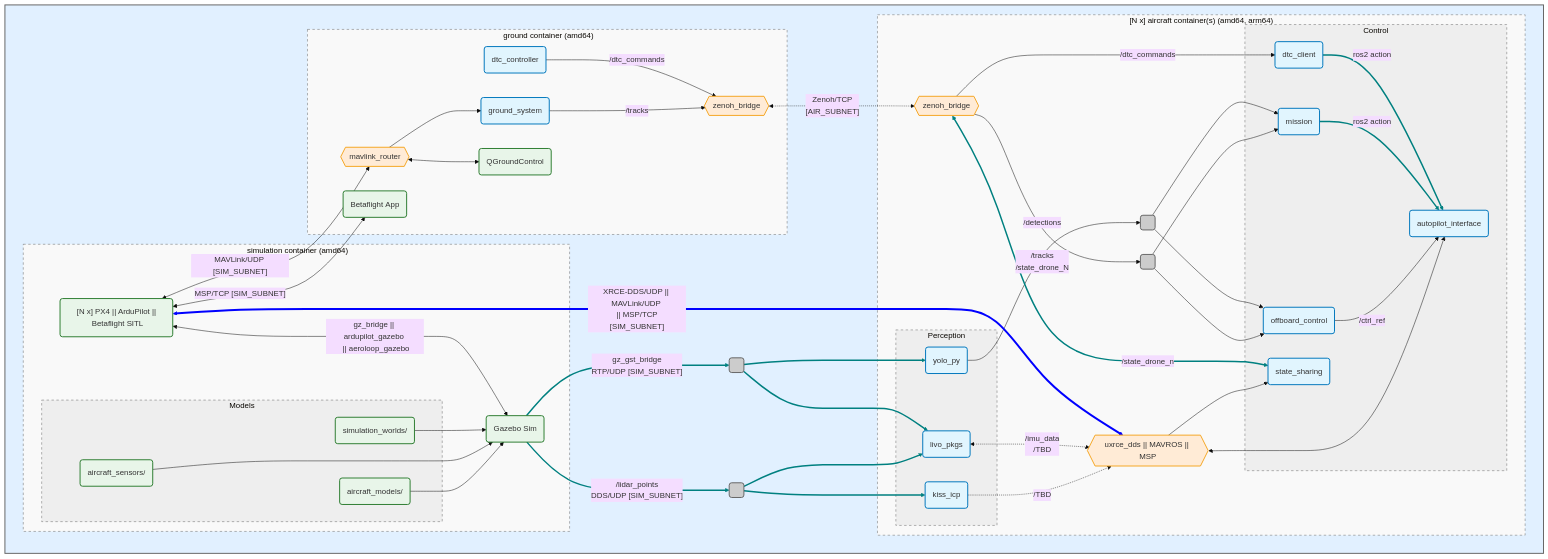
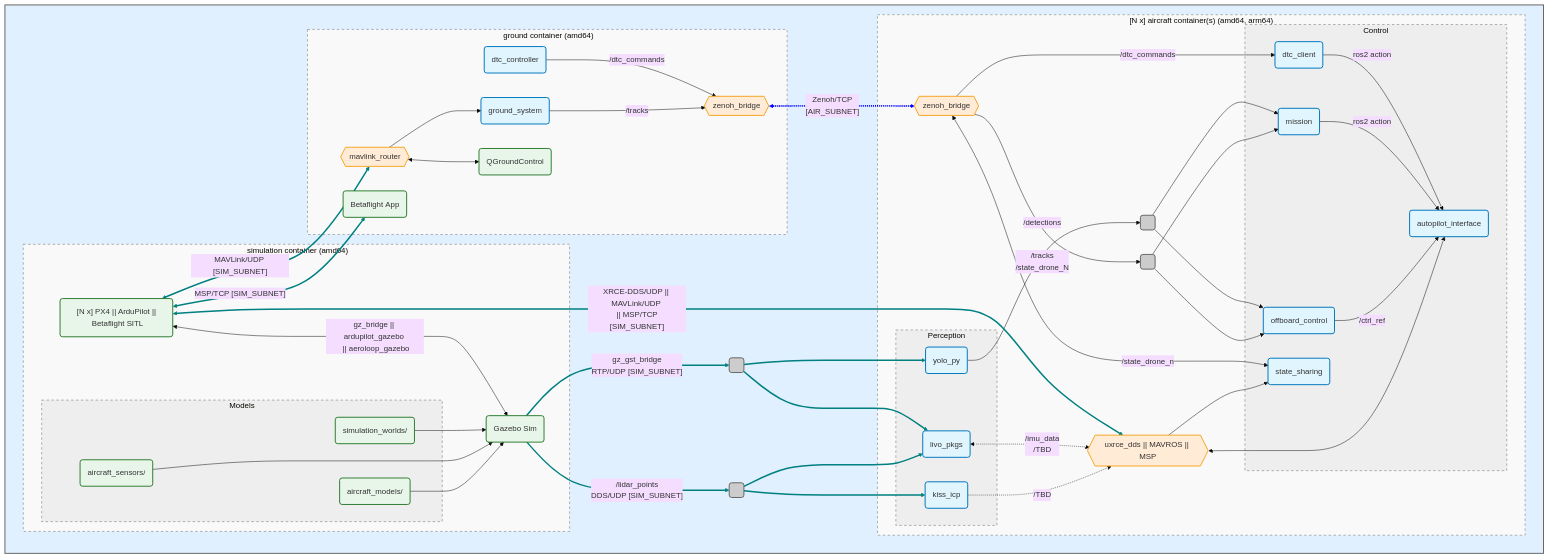
One commit to JacopoPan/aerial-autonomy-stack changed the diagram in README.md. Above: the diagram before and after it, drawn with Mermaid. The commit also changed 1 other file, not shown here.

Commit message:
diagram style and comment fixes

````diff
--- a/README.md
+++ b/README.md
@@ -420,16 +420,16 @@
         camera_split( ):::splitNode
     end
 
-    gz --> |"/lidar_points <br/> DDS/UDP [SIM_SUBNET]"| lidar_split
-    lidar_split --> kiss_icp
-    lidar_split --> livo_pkgs
-    gz --> |"gz_gst_bridge <br/> RTP/UDP [SIM_SUBNET]"| camera_split
-    camera_split --> livo_pkgs
-    camera_split -->  yolo_py
-    sitl <--> |"XRCE-DDS/UDP || MAVLink/UDP <br/> || MSP/TCP [SIM_SUBNET]"| ap_link
-    sitl <--> |"MAVLink/UDP [SIM_SUBNET]"| mlrouter
-    sitl <--> |"MSP/TCP [SIM_SUBNET]"| bf_app
-    zenoh_gnd <-.-> |"Zenoh/TCP <br/> [AIR_SUBNET]"| zenoh_air
+    gz sim1@--> |"/lidar_points <br/> DDS/UDP [SIM_SUBNET]"| lidar_split
+    lidar_split sim2@--> kiss_icp
+    lidar_split sim3@--> livo_pkgs
+    gz sim4@--> |"gz_gst_bridge <br/> RTP/UDP [SIM_SUBNET]"| camera_split
+    camera_split sim5@--> livo_pkgs
+    camera_split sim6@-->  yolo_py
+    sitl sim7@<--> |"XRCE-DDS/UDP || MAVLink/UDP <br/> || MSP/TCP [SIM_SUBNET]"| ap_link
+    sitl sim8@<--> |"MAVLink/UDP [SIM_SUBNET]"| mlrouter
+    sitl sim9@<--> |"MSP/TCP [SIM_SUBNET]"| bf_app
+    zenoh_gnd air1@<-.-> |"Zenoh/TCP <br/> [AIR_SUBNET]"| zenoh_air
 
     classDef bridge fill:#ffebd6,stroke:#f5a623,stroke-width:2px;
     classDef algo fill:#e1f5fe,stroke:#0277bd,stroke-width:2px;
@@ -438,5 +438,6 @@
     classDef blueStyle  fill:#e1f0ff,stroke:#666,stroke-width:2px; class aas blueStyle;
     classDef whiteStyle fill:#f9f9f9,stroke:#666,stroke-width:1px,stroke-dasharray: 5 5; class air,gnd,sim whiteStyle;
     classDef greyStyle  fill:#eeeeee,stroke:#666,stroke-width:1px,stroke-dasharray: 5 5; class perception,control,models greyStyle;
-    linkStyle 22,23,24,25,26,27,28,29,30 stroke:teal,stroke-width:3px; linkStyle 31 stroke:blue,stroke-width:4px;
+    classDef simNet stroke:teal,stroke-width:3px; class sim1,sim2,sim3,sim4,sim5,sim6,sim7,sim8,sim9 simNet;
+    classDef airNet stroke:blue,stroke-width:4px; class air1 airNet;
 ```
````
